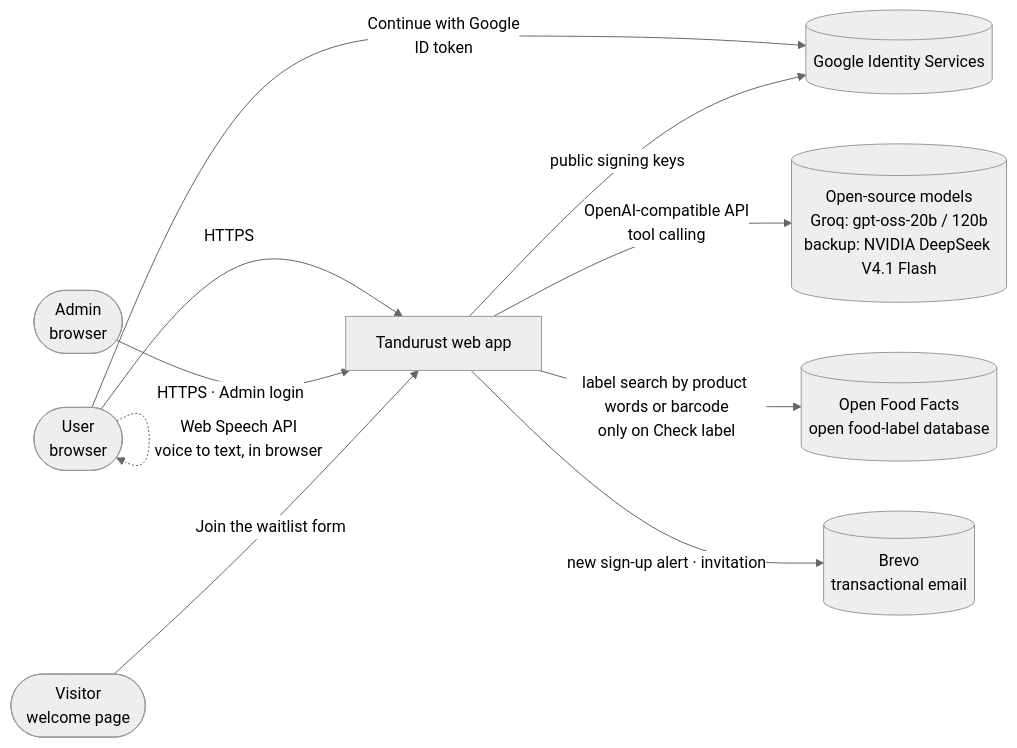
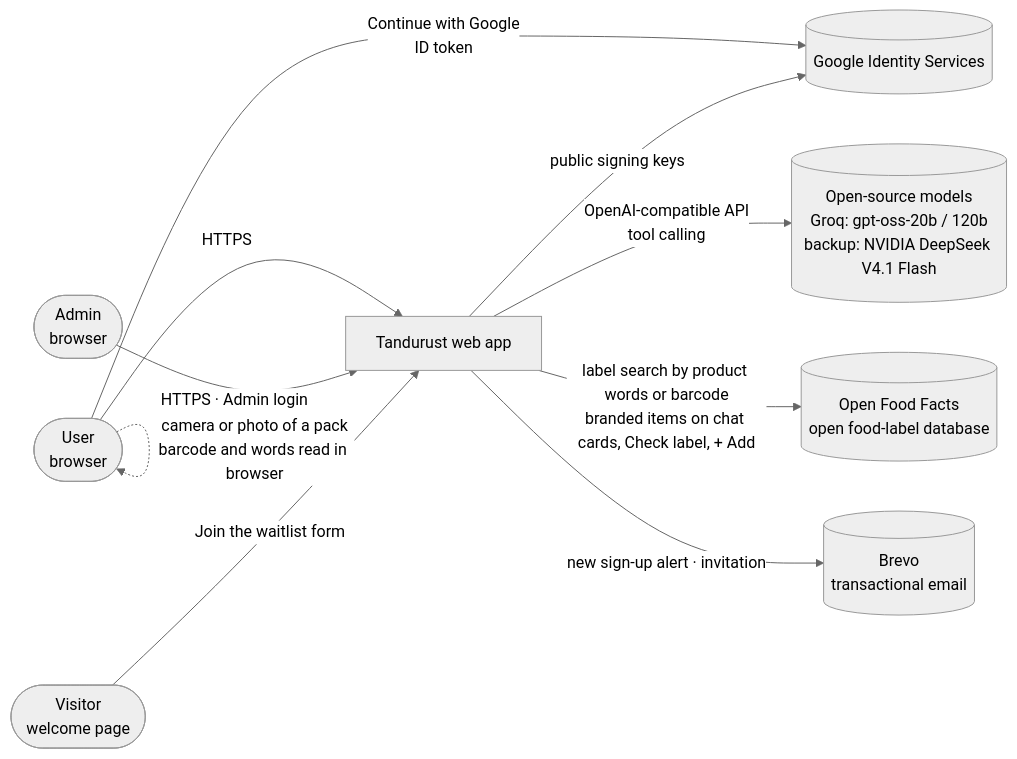
The first of 14 diagrams in docs/hld.md (NeoAnushka21/tracker_poc), drawn with Mermaid (neutral theme) before and after one commit. The commit also changed other lines of this file and 36 other files, not shown here.

First line of the commit message:
Branded foods: pack label first on chat cards, scan a pack by camera or photo

````diff
--- a/docs/hld.md
+++ b/docs/hld.md
@@ -20,12 +20,13 @@
 ```mermaid
 flowchart LR
     U([User<br/>browser]) -->|HTTPS| APP[Tandurust web app]
     A([Admin<br/>browser]) -->|HTTPS · Admin login| APP
     U -->|Continue with Google<br/>ID token| GIS[(Google Identity Services)]
     APP -->|public signing keys| GIS
     APP -->|OpenAI-compatible API<br/>tool calling| LLM[(Open-source models<br/>Groq: gpt-oss-20b / 120b<br/>backup: NVIDIA DeepSeek V4.1 Flash)]
-    APP -->|label search by product words or barcode<br/>only on Check label| OFF[(Open Food Facts<br/>open food-label database)]
+    APP -->|label search by product words or barcode<br/>branded items on chat cards, Check label, + Add| OFF[(Open Food Facts<br/>open food-label database)]
     U -.->|Web Speech API<br/>voice to text, in browser| U
+    U -.->|camera or photo of a pack<br/>barcode and words read in browser| U
     V([Visitor<br/>welcome page]) -->|Join the waitlist form| APP
     APP -->|new sign-up alert · invitation| BR[(Brevo<br/>transactional email)]
 ```
````
